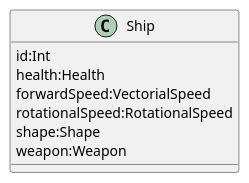
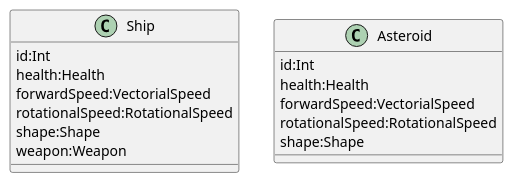
The diagram in diagram.puml (jalopbauer/starships), drawn with PlantUML before and after one commit.

Commit message:
Asteroid

```diff
--- a/diagram.puml
+++ b/diagram.puml
@@ -1,11 +1,19 @@
 @startuml
 class Ship {
     id:Int
     health:Health
     forwardSpeed:VectorialSpeed
     rotationalSpeed:RotationalSpeed
     shape:Shape
     weapon:Weapon
 }
 
+class Asteroid {
+    id:Int
+    health:Health
+    forwardSpeed:VectorialSpeed
+    rotationalSpeed:RotationalSpeed
+    shape:Shape
+}
+
 @enduml
```
